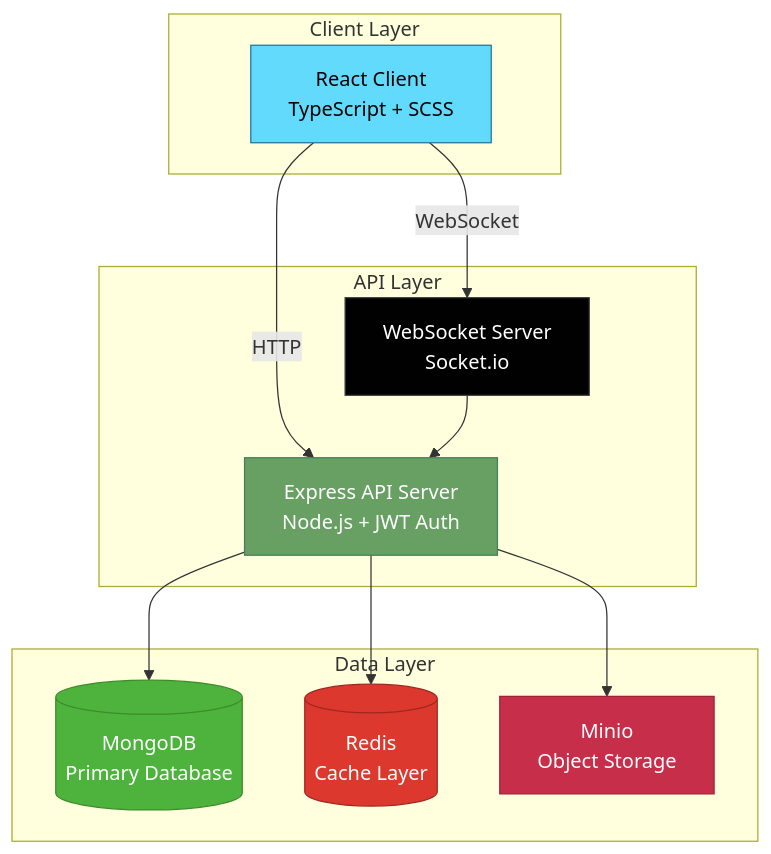
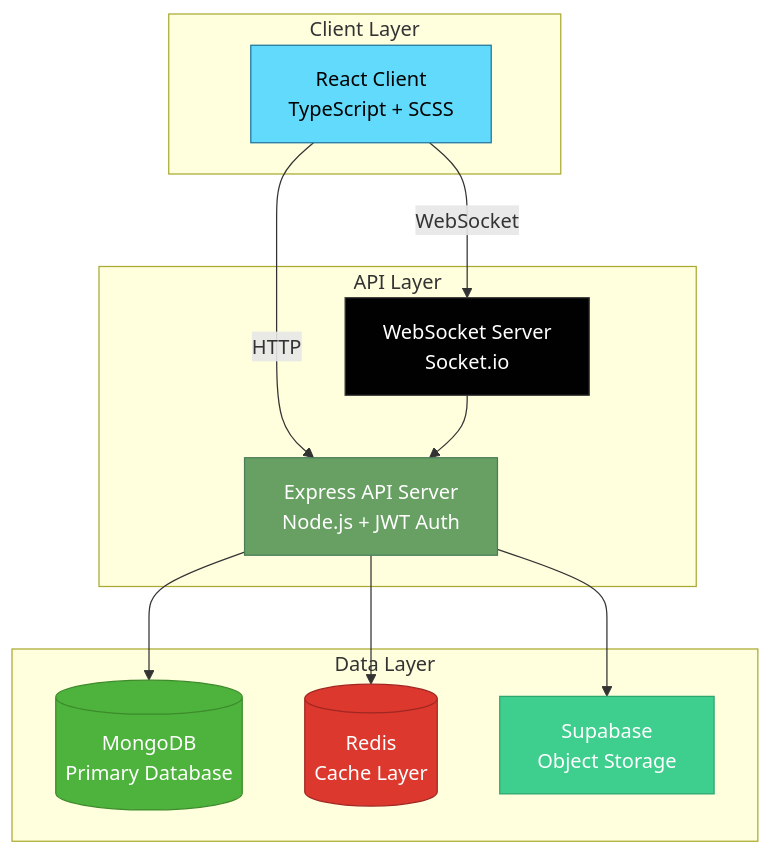
One commit to rhs99/learn-together changed the first of 2 diagrams in README.md. Above: the diagram before and after it, drawn with Mermaid. The commit also changed other lines of this file and 8 other files, not shown here.

````diff
--- a/README.md
+++ b/README.md
@@ -72,31 +72,31 @@
 ```mermaid
 graph TB
   subgraph "Client Layer"
     RC[React Client<br/>TypeScript + SCSS]
   end
   
   subgraph "API Layer"
     EA[Express API Server<br/>Node.js + JWT Auth]
     WS[WebSocket Server<br/>Socket.io]
   end
   
   subgraph "Data Layer"
     MDB[(MongoDB<br/>Primary Database)]
     RDS[(Redis<br/>Cache Layer)]
-    MIN[Minio<br/>Object Storage]
+    SUP[Supabase<br/>Object Storage]
   end
-  
+
   RC -->|HTTP| EA
   RC -->|WebSocket| WS
   EA --> MDB
   EA --> RDS
-  EA --> MIN
+  EA --> SUP
   WS --> EA
-  
+
   style RC fill:#61dafb,stroke:#21759b,color:#000
   style EA fill:#68a063,stroke:#4a7c59,color:#fff
   style WS fill:#010101,stroke:#333,color:#fff
   style MDB fill:#4db33d,stroke:#3d8b2a,color:#fff
   style RDS fill:#dc382d,stroke:#a12622,color:#fff
-  style MIN fill:#c72e49,stroke:#a02139,color:#fff
+  style SUP fill:#3ecf8e,stroke:#2da56e,color:#fff
 ```
````
